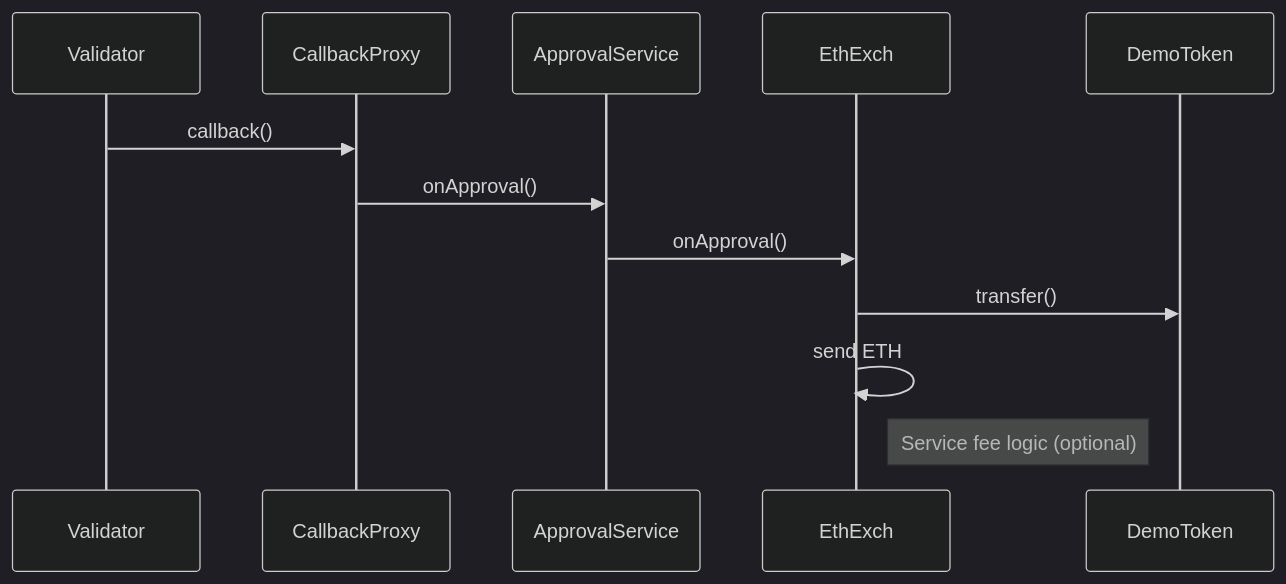
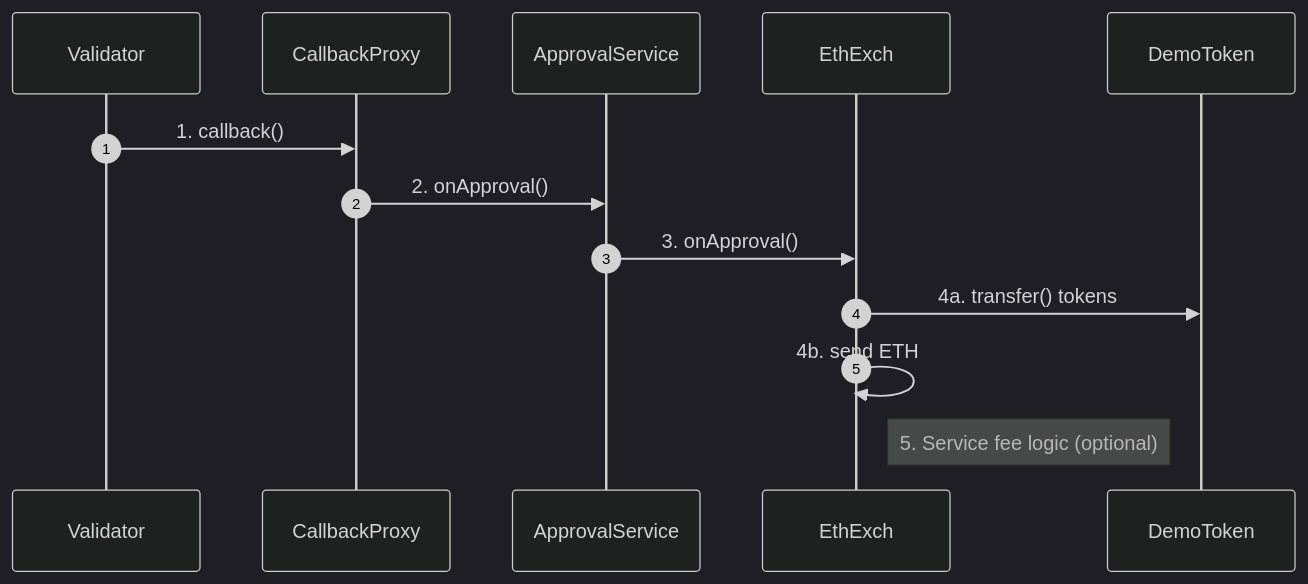
The diagram in src/demos/approval-magic/README.md (Reactive-Network/reactive-smart-contract-demos), drawn with Mermaid (dark theme) before and after one commit.

Commit message:
edited Magic readme2

````diff
--- a/src/demos/approval-magic/README.md
+++ b/src/demos/approval-magic/README.md
@@ -7,15 +7,18 @@
 ```mermaid
 sequenceDiagram
+    autonumber
     participant Validator
     participant Proxy as CallbackProxy
     participant ApprovalService
     participant EthExch
-    participant DemoToken
+    participant Token as DemoToken
 
-    Validator->>Proxy: callback()
-    Proxy->>ApprovalService: onApproval()
-    ApprovalService->>EthExch: onApproval()
-    EthExch->>DemoToken: transfer()
-    EthExch->>EthExch: send ETH
-    Note right of EthExch: Service fee logic (optional)
+    Validator->>Proxy: 1. callback()
+    Proxy->>ApprovalService: 2. onApproval()
+    ApprovalService->>EthExch: 3. onApproval()
+
+    EthExch->>Token: 4a. transfer() tokens
+    EthExch->>EthExch: 4b. send ETH
+
+    Note right of EthExch: 5. Service fee logic (optional)
 ```
````
